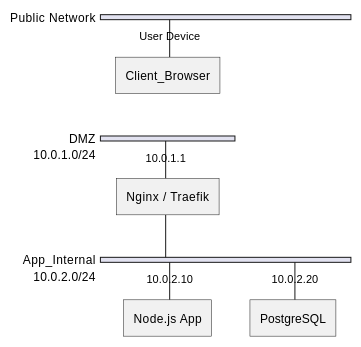
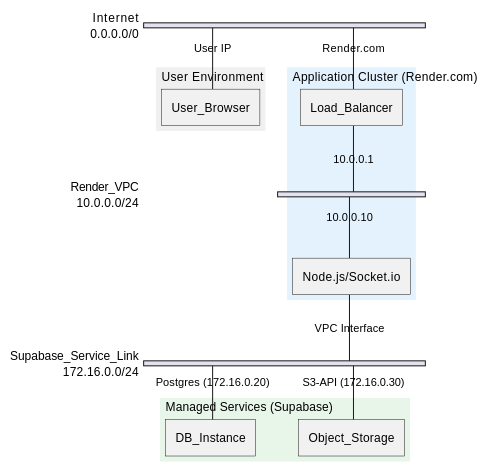
Before and after one commit to BleakRed/notion-clone-project: diagram 12 of 12 in Document.md, drawn with PlantUML. The commit also changed other lines of this file and 7 other files, not shown here.

````diff
--- a/Document.md
+++ b/Document.md
@@ -235,23 +845,44 @@
 ```plantuml
 @startuml
 nwdiag {
-  network Internet {
-    width = "full"
-    description = "Public Network"
-    Client_Browser [address = "User Device"];
-  }
-  
-  network DMZ {
-    address = "10.0.1.0/24"
-    Reverse_Proxy [address = "10.0.1.1", description = "Nginx / Traefik"];
+  group {
+    color = "#F0F0F0"
+    description = "User Environment"
+    User_Browser;
   }
 
-  network App_Internal {
-    address = "10.0.2.0/24"
-    Reverse_Proxy;
-    App_Server [address = "10.0.2.10", description = "Node.js App"];
-    Database [address = "10.0.2.20", description = "PostgreSQL"];
+  group {
+    color = "#E3F2FD"
+    description = "Application Cluster (Render.com)"
+    Load_Balancer;
+    App_Server;
+  }
+
+  group {
+    color = "#E8F5E9"
+    description = "Managed Services (Supabase)"
+    DB_Instance;
+    Object_Storage;
+  }
+
+  network Internet {
+    address = "0.0.0.0/0"
+    User_Browser [address = "User IP"];
+    Load_Balancer [address = "Render.com"];
+  }
+
+  network Render_VPC {
+    address = "10.0.0.0/24"
+    Load_Balancer [address = "10.0.0.1"];
+    App_Server [address = "10.0.0.10", description = "Node.js/Socket.io"];
+  }
+
+  network Supabase_Service_Link {
+    address = "172.16.0.0/24"
+    App_Server [address = "VPC Interface"];
+    DB_Instance [address = "Postgres (172.16.0.20)"];
+    Object_Storage [address = "S3-API (172.16.0.30)"];
   }
 }
 @enduml
 ```
````
